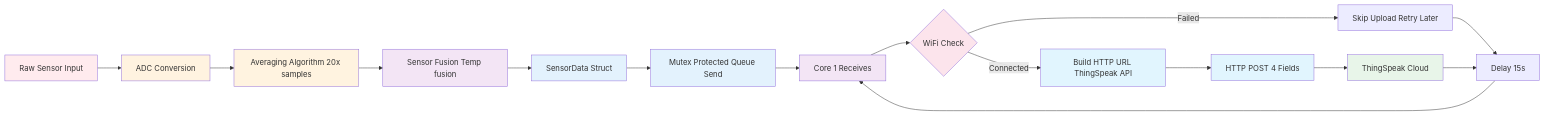
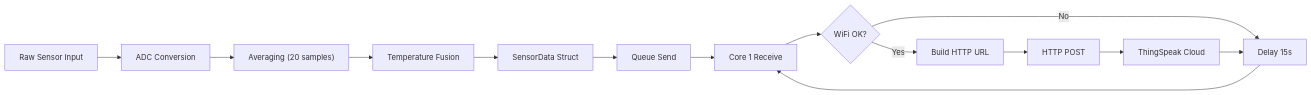
Before and after one commit to ficrammanifur/ESP32-RTOS-Environmental-Monitor: the seventh of 25 diagrams in README.md, drawn with Mermaid. The commit also changed other lines of this file, not shown here.

````diff
--- a/README.md
+++ b/README.md
@@ -376,29 +363,29 @@
 ```mermaid
 graph LR
-    A[Raw Sensor Input] --> B[ADC Conversion]
-    B --> C[Averaging Algorithm 20x samples]
-    C --> D[Sensor Fusion Temp fusion]
-    D --> E[SensorData Struct]
-    E --> F[Mutex Protected Queue Send]
-    F --> G[Core 1 Receives]
-    G --> H{WiFi Check}
-    H -->|Connected| I[Build HTTP URL ThingSpeak API]
-    H -->|Failed| J[Skip Upload Retry Later]
-    I --> K[HTTP POST 4 Fields]
-    K --> L[ThingSpeak Cloud]
-    J --> M[Delay 15s]
-    L --> M
-    M --> G
-    
-    style A fill:#ffebee
-    style B fill:#fff3e0
-    style C fill:#fff3e0
-    style D fill:#f3e5f5
-    style E fill:#e3f2fd
-    style F fill:#e3f2fd
-    style G fill:#f3e5f5
-    style H fill:#fce4ec
-    style I fill:#e1f5fe
-    style K fill:#e1f5fe
-    style L fill:#e8f5e9
+    RAW["Raw Sensor Input"]
+    ADC["ADC Conversion"]
+    AVG["Averaging (20 samples)"]
+    FUSION["Temperature Fusion"]
+    DATA["SensorData Struct"]
+    QUEUE["Queue Send"]
+    CORE1["Core 1 Receive"]
+    WIFI{WiFi OK?}
+    BUILD["Build HTTP URL"]
+    POST["HTTP POST"]
+    CLOUD["ThingSpeak Cloud"]
+    DELAY["Delay 15s"]
+
+    RAW --> ADC
+    ADC --> AVG
+    AVG --> FUSION
+    FUSION --> DATA
+    DATA --> QUEUE
+    QUEUE --> CORE1
+    CORE1 --> WIFI
+    WIFI -->|Yes| BUILD
+    WIFI -->|No| DELAY
+    BUILD --> POST
+    POST --> CLOUD
+    CLOUD --> DELAY
+    DELAY --> CORE1
 ```
````
